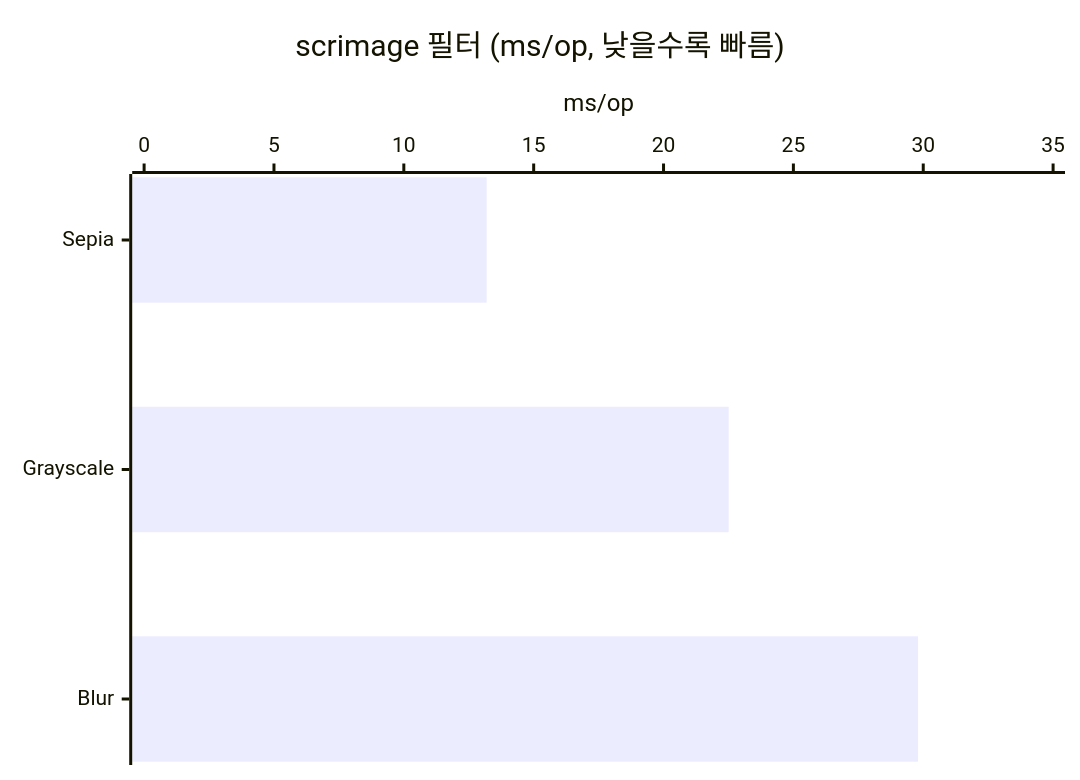
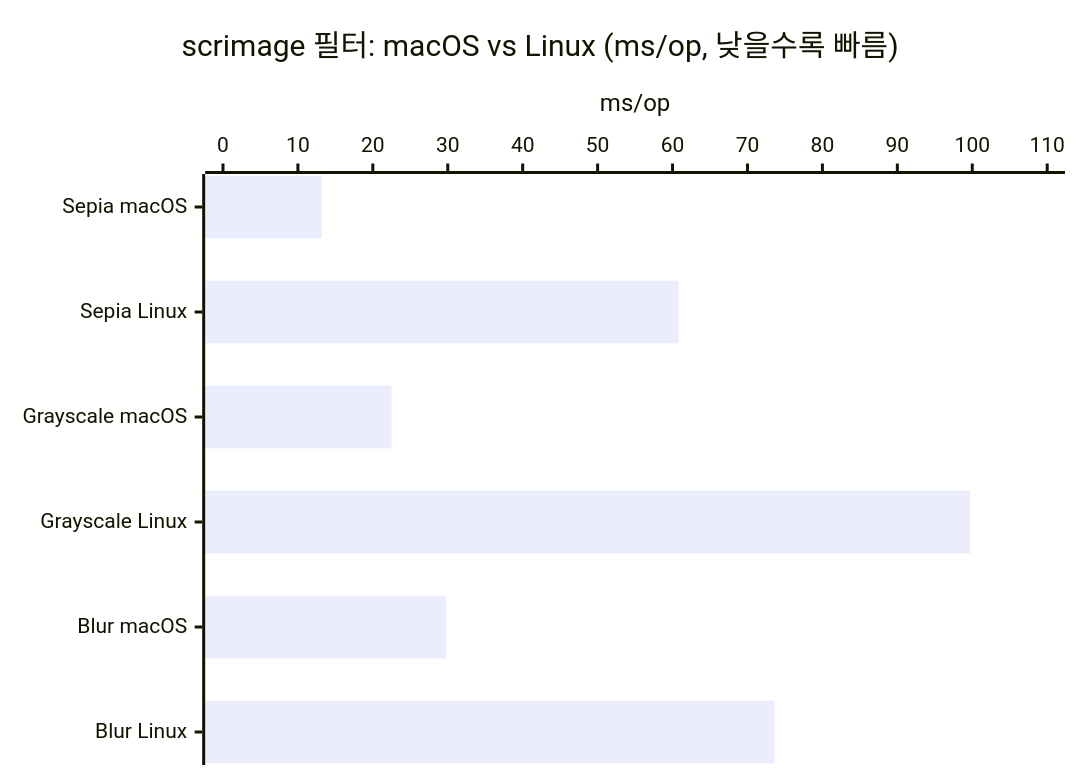
The fourth of 4 diagrams in images/images-benchmark/README.ko.md (bluetape4k/bluetape4k-projects), drawn with Mermaid before and after one commit. The commit also changed other lines of this file and 4 other files, not shown here.

````diff
--- a/images/images-benchmark/README.ko.md
+++ b/images/images-benchmark/README.ko.md
@@ -80,7 +87,7 @@
 ```mermaid
 xychart-beta horizontal
-    title "scrimage 필터 (ms/op, 낮을수록 빠름)"
-    x-axis ["Sepia", "Grayscale", "Blur"]
-    y-axis "ms/op" 0 --> 35
-    bar [13.19, 22.51, 29.80]
+    title "scrimage 필터: macOS vs Linux (ms/op, 낮을수록 빠름)"
+    x-axis ["Sepia macOS", "Sepia Linux", "Grayscale macOS", "Grayscale Linux", "Blur macOS", "Blur Linux"]
+    y-axis "ms/op" 0 --> 110
+    bar [13.19, 60.83, 22.51, 99.72, 29.80, 73.64]
 ```
````
